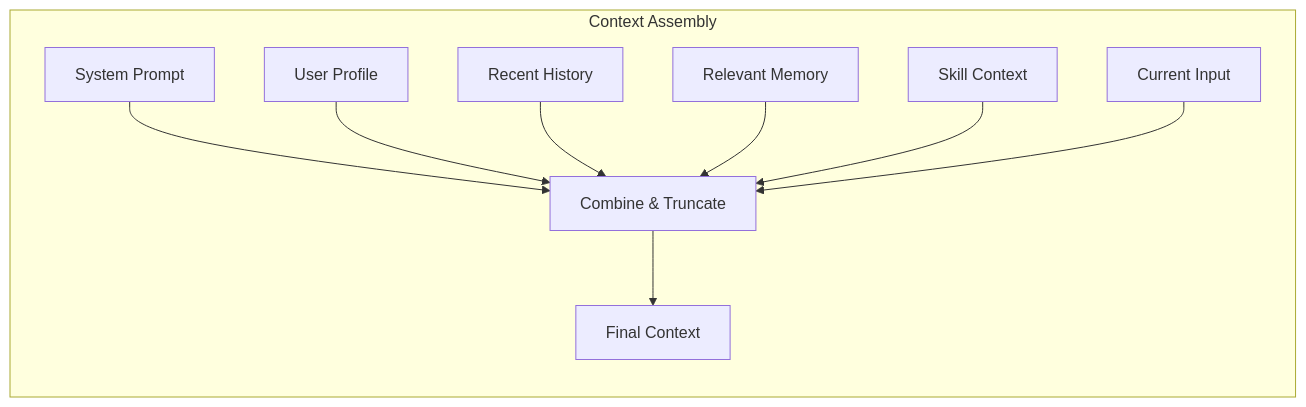
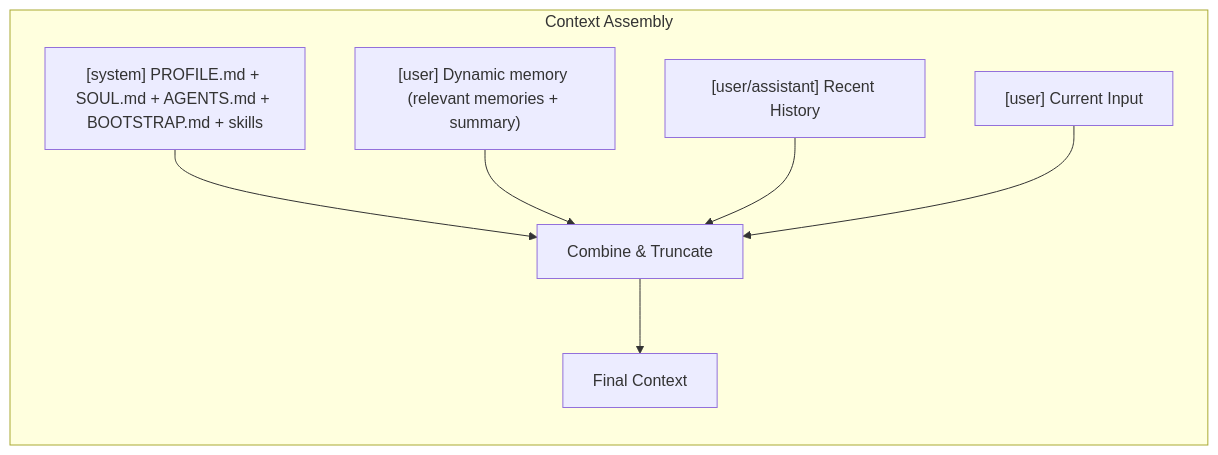
Before and after one commit to yeheng/nanobot-rs: the fourth of 11 diagrams in docs/session-en.md, drawn with Mermaid. The commit also changed other lines of this file and 13 other files, not shown here.

First line of the commit message:
feat(memory): 将长期记忆注入改为 User Message 以利用 Prompt Cache

````diff
--- a/docs/session-en.md
+++ b/docs/session-en.md
@@ -92,13 +92,11 @@
 ```mermaid
 flowchart LR
     subgraph Assembly["Context Assembly"]
         direction TB
-        Sys["System Prompt"] --> Combine
-        Profile["User Profile"] --> Combine
-        History["Recent History"] --> Combine
-        Memory["Relevant Memory"] --> Combine
-        Skills["Skill Context"] --> Combine
-        Current["Current Input"] --> Combine
+        Sys["[system] PROFILE.md + SOUL.md + AGENTS.md + BOOTSTRAP.md + skills"] --> Combine
+        Mem["[user] Dynamic memory (relevant memories + summary)"] --> Combine
+        History["[user/assistant] Recent History"] --> Combine
+        Current["[user] Current Input"] --> Combine
         Combine["Combine & Truncate"] --> Final["Final Context"]
     end
 ```
````
